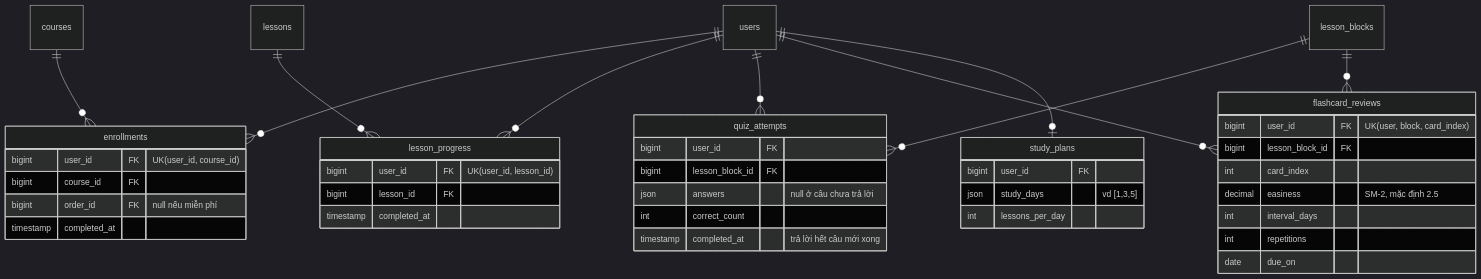
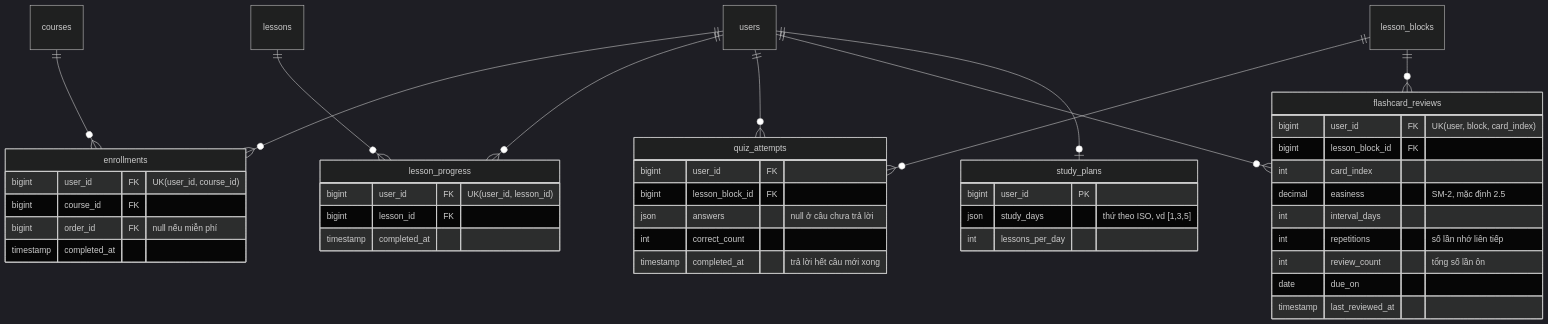
One commit to Thang2509/DACN changed the fifth of 9 diagrams in docs/thiet-ke.md. Above: the diagram before and after it, drawn with Mermaid (dark theme). The commit also changed other lines of this file and 95 other files, not shown here.

````diff
--- a/docs/thiet-ke.md
+++ b/docs/thiet-ke.md
@@ -189,45 +189,47 @@
 ```mermaid
 erDiagram
   users ||--o{ enrollments : ""
   courses ||--o{ enrollments : ""
   users ||--o{ lesson_progress : ""
   lessons ||--o{ lesson_progress : ""
   users ||--o{ quiz_attempts : ""
   lesson_blocks ||--o{ quiz_attempts : ""
   users ||--o{ flashcard_reviews : ""
   lesson_blocks ||--o{ flashcard_reviews : ""
   users ||--o| study_plans : ""
 
   enrollments {
     bigint user_id FK "UK(user_id, course_id)"
     bigint course_id FK
     bigint order_id FK "null nếu miễn phí"
     timestamp completed_at
   }
   lesson_progress {
     bigint user_id FK "UK(user_id, lesson_id)"
     bigint lesson_id FK
     timestamp completed_at
   }
   quiz_attempts {
     bigint user_id FK
     bigint lesson_block_id FK
     json answers "null ở câu chưa trả lời"
     int correct_count
     timestamp completed_at "trả lời hết câu mới xong"
   }
   flashcard_reviews {
     bigint user_id FK "UK(user, block, card_index)"
     bigint lesson_block_id FK
     int card_index
     decimal easiness "SM-2, mặc định 2.5"
     int interval_days
-    int repetitions
+    int repetitions "số lần nhớ liên tiếp"
+    int review_count "tổng số lần ôn"
     date due_on
+    timestamp last_reviewed_at
   }
   study_plans {
-    bigint user_id FK
-    json study_days "vd [1,3,5]"
+    bigint user_id PK
+    json study_days "thứ theo ISO, vd [1,3,5]"
     int lessons_per_day
   }
 ```
````
